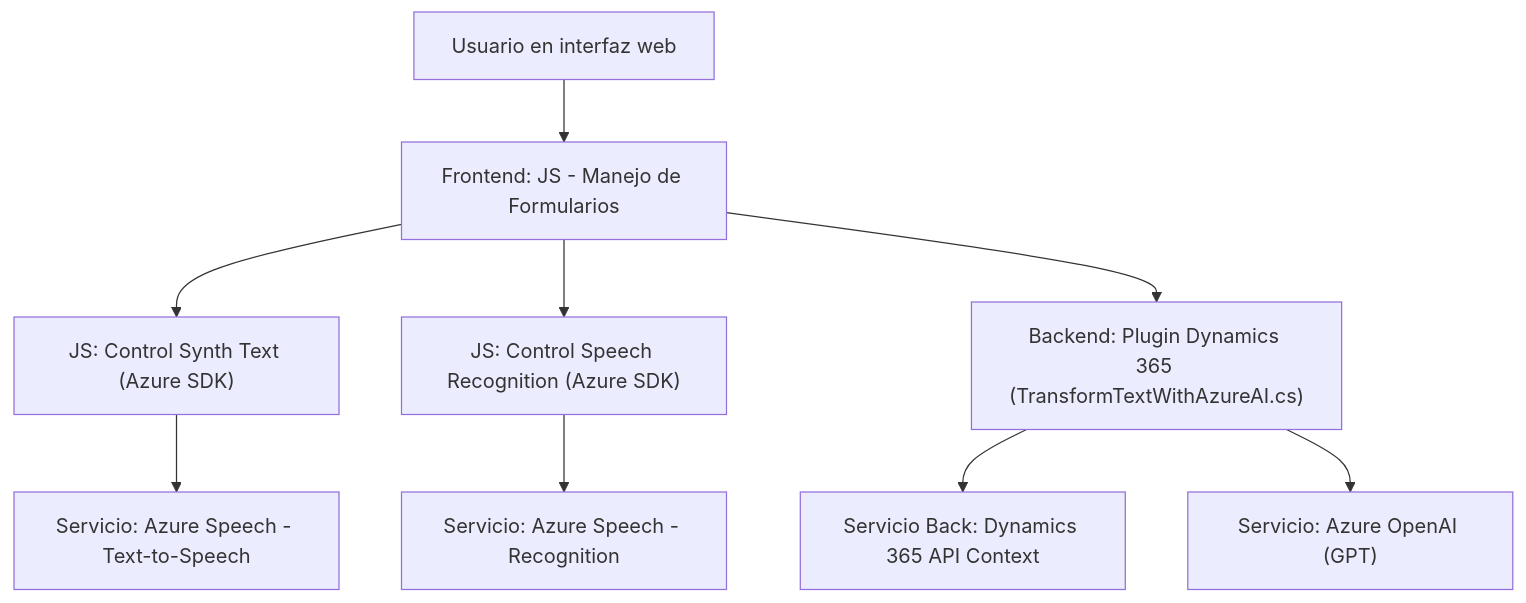
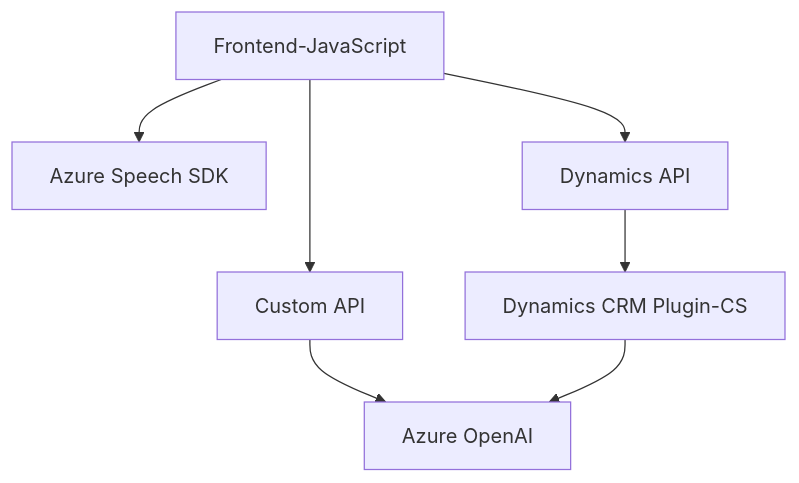
Before and after one commit to blopezdm/NETCORE_BILBAO2025: the diagram in README.md, drawn with Mermaid. The commit also changed other lines of this file, not shown here.

````diff
--- a/README.md
+++ b/README.md
@@ -51,11 +39,9 @@
 ```mermaid
 graph TD
-    A["Usuario en interfaz web"] --> B["Frontend: JS - Manejo de Formularios"]
-    B --> C["JS: Control Synth Text (Azure SDK)"]
-    B --> D["JS: Control Speech Recognition (Azure SDK)"]
-    C --> E["Servicio: Azure Speech - Text-to-Speech"]
-    D --> F["Servicio: Azure Speech - Recognition"]
-    B --> G["Backend: Plugin Dynamics 365 (TransformTextWithAzureAI.cs)"]
-    G --> H["Servicio Back: Dynamics 365 API Context"]
-    G --> I["Servicio: Azure OpenAI (GPT)"]
+    A["Frontend-JavaScript"] --> B["Azure Speech SDK"]
+    A --> C["Dynamics API"]
+    A --> D["Custom API"]
+    D --> E["Azure OpenAI"]
+    C --> F["Dynamics CRM Plugin-CS"]
+    F --> E
 ```
````
